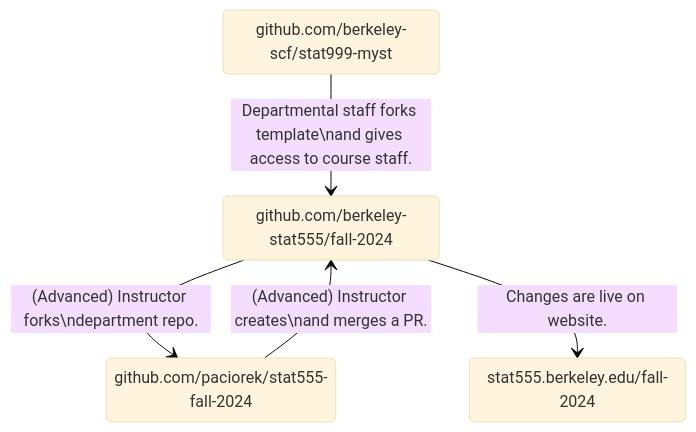
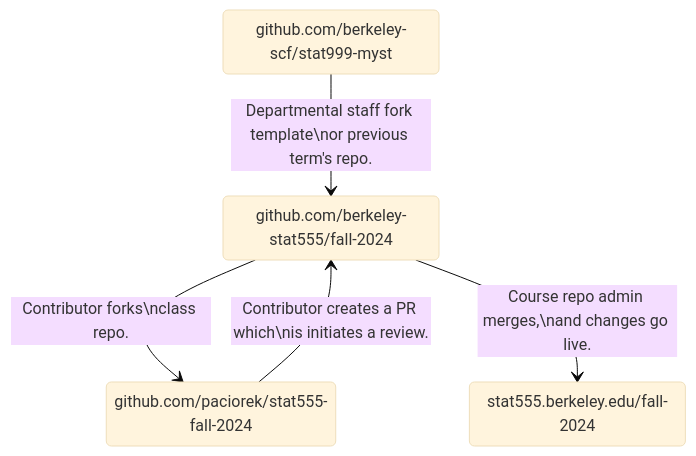
One commit to berkeley-cdss/course-site-myst changed the second of 2 diagrams in README.md. Above: the diagram before and after it, drawn with Mermaid (base theme). The commit also changed other lines of this file, not shown here.

````diff
--- a/README.md
+++ b/README.md
@@ -29,15 +51,15 @@
 ```mermaid
 %% State diagram documentation at
 %% https://mermaid.js.org/syntax/stateDiagram.html
 
 stateDiagram-v2
     repo_template: github.com/berkeley-scf/stat999-myst 
     repo_dept: github.com/berkeley-stat555/fall-2024
     repo_i: github.com/paciorek/stat555-fall-2024
     website_dept: stat555.berkeley.edu/fall-2024
 
-    repo_template --> repo_dept: Departmental staff forks template\nand gives access to course staff.
-    repo_dept --> repo_i: (Advanced) Instructor forks\ndepartment repo.
-    repo_i --> repo_dept: (Advanced) Instructor creates\nand merges a PR.
-    repo_dept --> website_dept: Changes are live on website.
+    repo_template --> repo_dept: Departmental staff fork template\nor previous term's repo.
+    repo_dept --> repo_i: Contributor forks\nclass repo.
+    repo_i --> repo_dept: Contributor creates a PR which\nis initiates a review.
+    repo_dept --> website_dept: Course repo admin merges,\nand changes go live.
 ```
````
